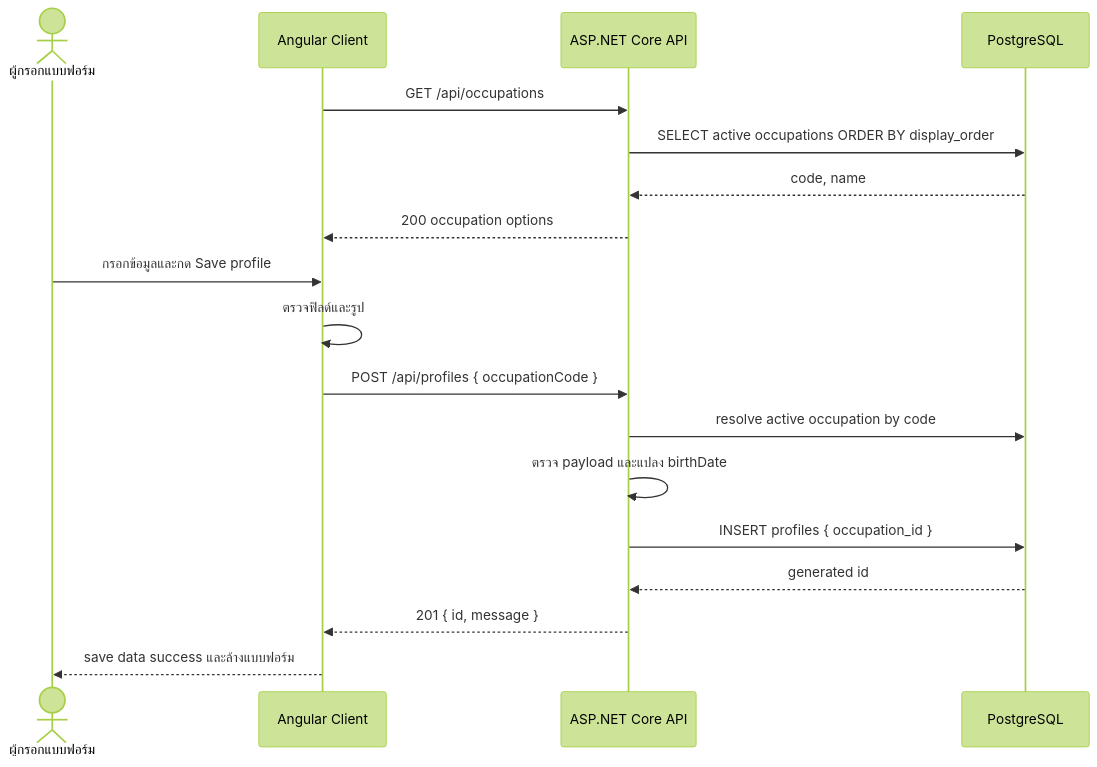
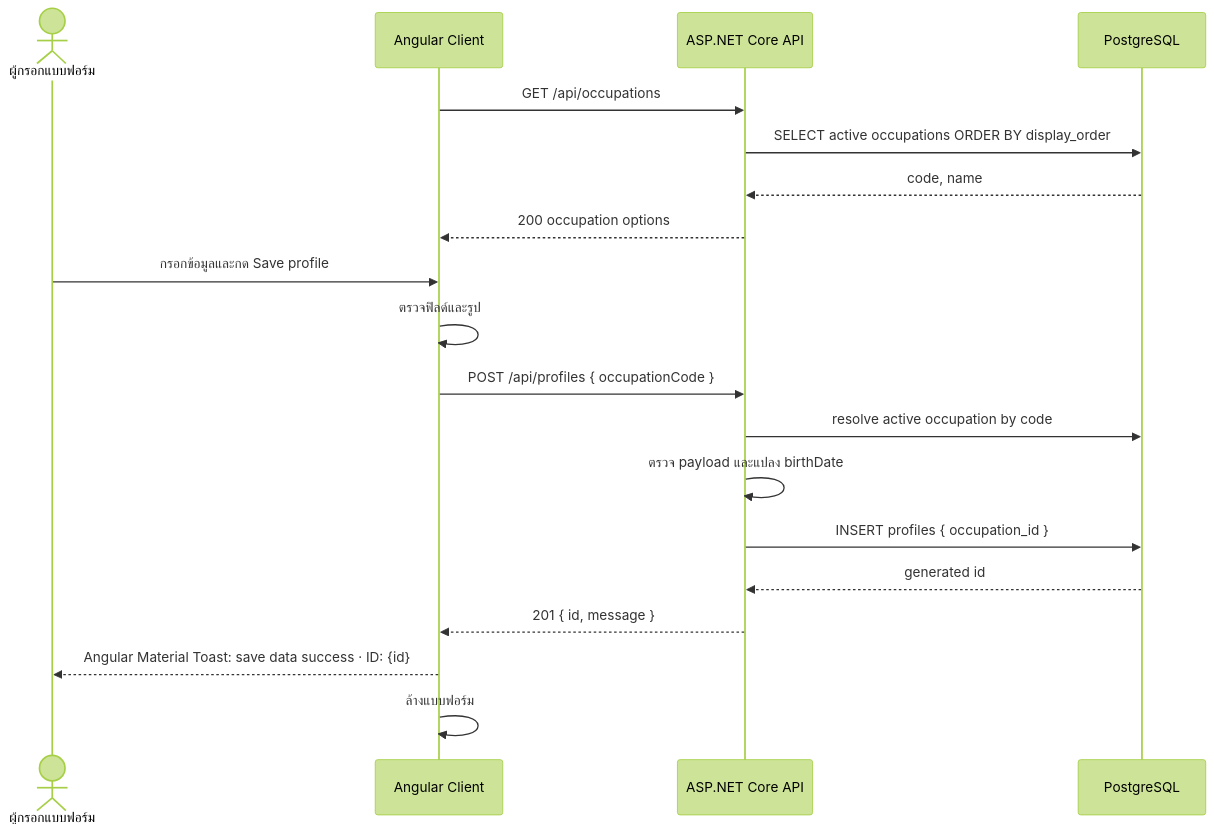
One commit to baramesh/interview-question-004 changed the diagram in documentation/04-arch-desc/01-profile/runtime-views/rv-pf-01-save-profile.md. Above: the diagram before and after it, drawn with Mermaid (forest theme). The commit also changed 23 other files, not shown here.

````diff
--- a/documentation/04-arch-desc/01-profile/runtime-views/rv-pf-01-save-profile.md
+++ b/documentation/04-arch-desc/01-profile/runtime-views/rv-pf-01-save-profile.md
@@ -12,20 +12,21 @@
 ```mermaid
 sequenceDiagram
   actor User as ผู้กรอกแบบฟอร์ม
   participant Client as Angular Client
   participant Api as ASP.NET Core API
   participant Db as PostgreSQL
   Client->>Api: GET /api/occupations
   Api->>Db: SELECT active occupations ORDER BY display_order
   Db-->>Api: code, name
   Api-->>Client: 200 occupation options
   User->>Client: กรอกข้อมูลและกด Save profile
   Client->>Client: ตรวจฟิลด์และรูป
   Client->>Api: POST /api/profiles { occupationCode }
   Api->>Db: resolve active occupation by code
   Api->>Api: ตรวจ payload และแปลง birthDate
   Api->>Db: INSERT profiles { occupation_id }
   Db-->>Api: generated id
   Api-->>Client: 201 { id, message }
-  Client-->>User: save data success และล้างแบบฟอร์ม
+  Client-->>User: Angular Material Toast: save data success · ID: {id}
+  Client->>Client: ล้างแบบฟอร์ม
 ```
````
